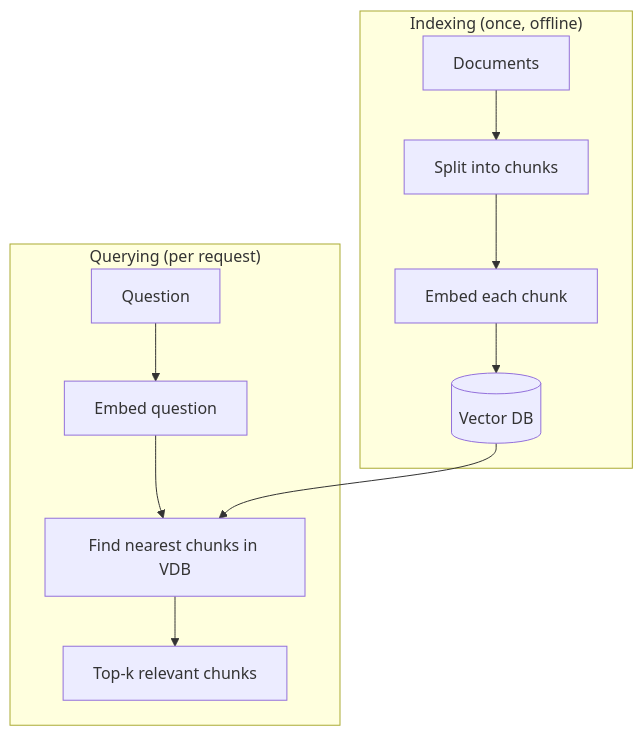
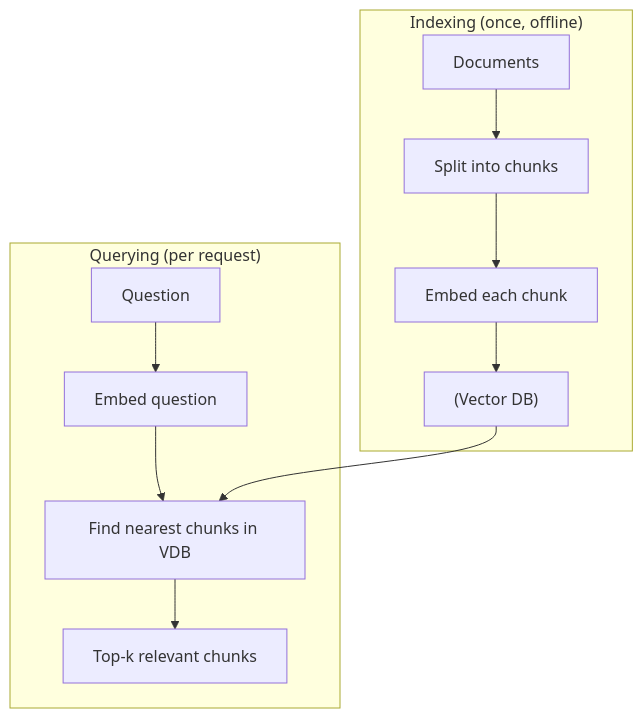
The second of 5 diagrams in files/Agentic-AI/06-rag-retrieval-augmented-generation.md (pankajThakur1874/studysheet), drawn with Mermaid before and after one commit. The commit also changed other lines of this file and 102 other files, not shown here.

Commit message:
Auto-fix Mermaid diagram syntax across all study guides to prevent Syntax Error in Mermaid v10

````diff
--- a/files/Agentic-AI/06-rag-retrieval-augmented-generation.md
+++ b/files/Agentic-AI/06-rag-retrieval-augmented-generation.md
@@ -34,13 +34,13 @@
 ```mermaid
 flowchart TD
     subgraph "Indexing (once, offline)"
       D[Documents] --> C1[Split into chunks]
-      C1 --> EM1[Embed each chunk] --> VDB[(Vector DB)]
+      C1 --> EM1[Embed each chunk] --> VDB["(Vector DB)"]
     end
     subgraph "Querying (per request)"
       Q[Question] --> EM2[Embed question]
       EM2 --> NN[Find nearest chunks in VDB]
       VDB --> NN
       NN --> TOP[Top-k relevant chunks]
     end
 ```
````
